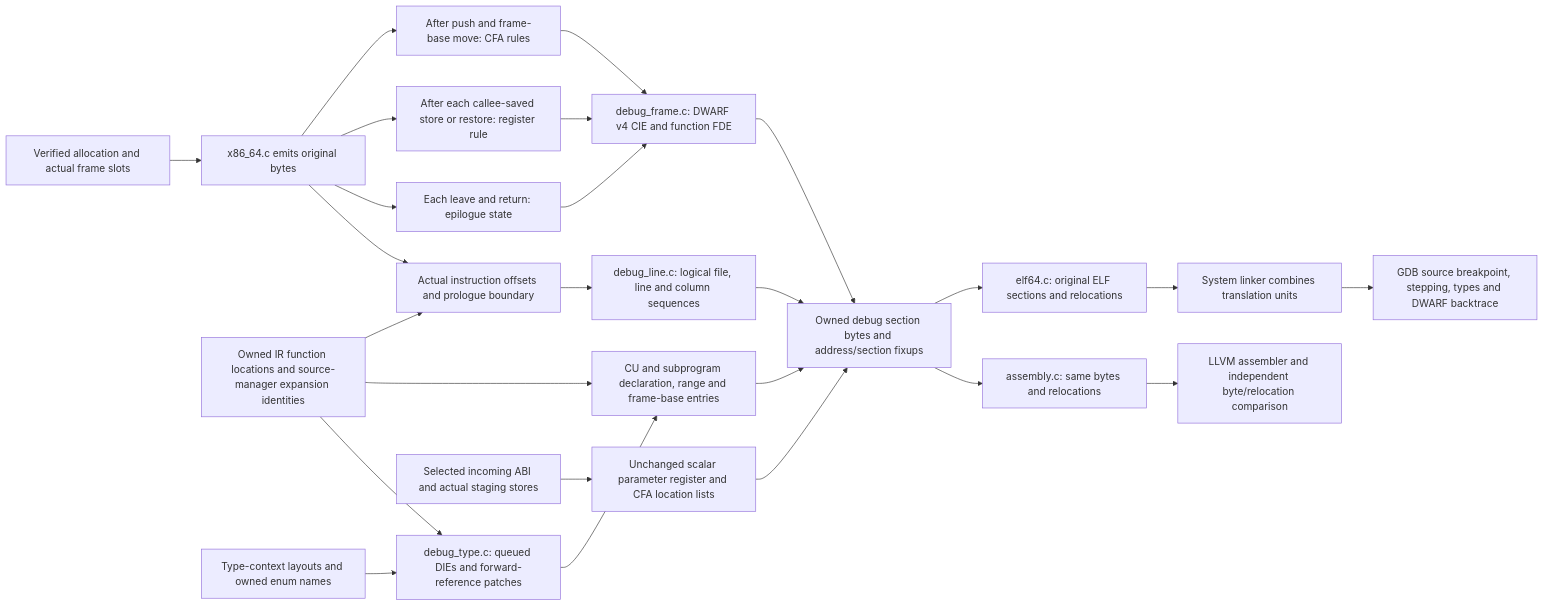
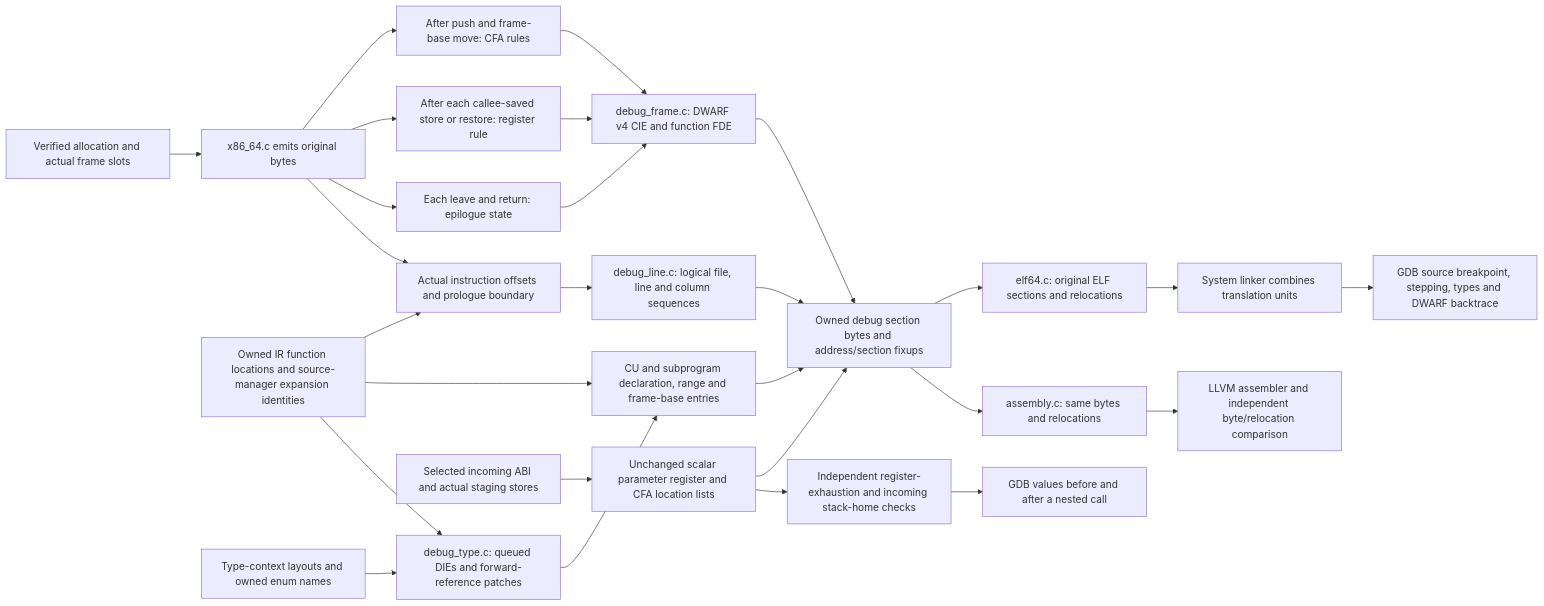
Before and after one commit to Aneesh495/cinder: the diagram in docs/diagrams/debug-frame.mmd, drawn with Mermaid. The commit also changed 10 other files, not shown here.

Commit message:
Verify register and stack parameter locations across calls

```diff
--- a/docs/diagrams/debug-frame.mmd
+++ b/docs/diagrams/debug-frame.mmd
@@ -1,25 +1,27 @@
 flowchart LR
     RA[Verified allocation and actual frame slots] --> E[x86_64.c emits original bytes]
     E --> P[After push and frame-base move: CFA rules]
     E --> S[After each callee-saved store or restore: register rule]
     E --> R[Each leave and return: epilogue state]
     P --> F[debug_frame.c: DWARF v4 CIE and function FDE]
     S --> F
     R --> F
     F --> O[Owned debug section bytes and address/section fixups]
     H[Owned IR function locations and source-manager expansion identities] --> ROW[Actual instruction offsets and prologue boundary]
     E --> ROW
     ROW --> LINE[debug_line.c: logical file, line and column sequences]
     H --> DIE[CU and subprogram declaration, range and frame-base entries]
     LINE --> O
     DIE --> O
     T[Type-context layouts and owned enum names] --> TYPES[debug_type.c: queued DIEs and forward-reference patches]
     H --> TYPES
     TYPES --> DIE
     ABI[Selected incoming ABI and actual staging stores] --> LOC[Unchanged scalar parameter register and CFA location lists]
     LOC --> O
+    LOC --> PARAM[Independent register-exhaustion and incoming stack-home checks]
+    PARAM --> CALL[GDB values before and after a nested call]
     O --> ELF[elf64.c: original ELF sections and relocations]
     O --> ASM[assembly.c: same bytes and relocations]
     ELF --> LINK[System linker combines translation units]
     LINK --> G[GDB source breakpoint, stepping, types and DWARF backtrace]
     ASM --> CHECK[LLVM assembler and independent byte/relocation comparison]
```
